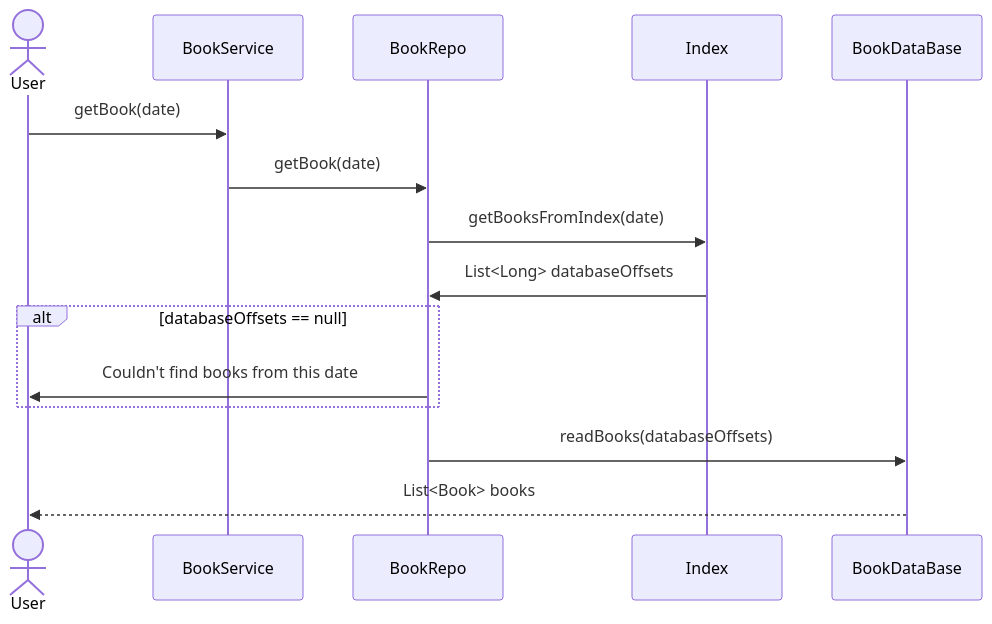
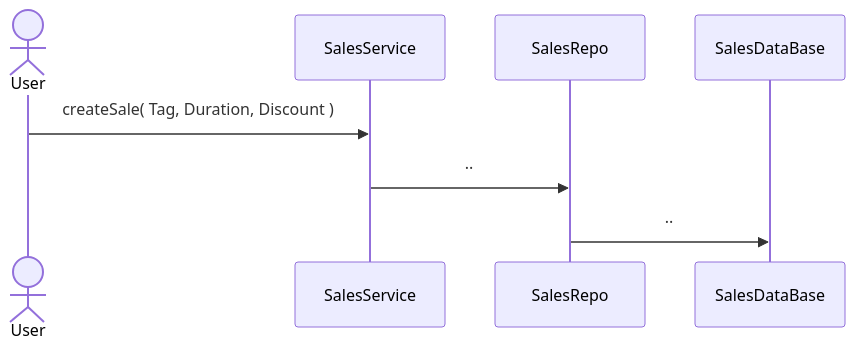
The tenth of 10 diagrams in docs/high_level_architecture.md (Apameus/Bookly), drawn with Mermaid before and after one commit. The commit also changed other lines of this file, not shown here.

Commit message:
high_level_architecture.md  BETA

````diff
--- a/docs/high_level_architecture.md
+++ b/docs/high_level_architecture.md
@@ -110,18 +142,10 @@
 ```mermaid
 sequenceDiagram
-    actor U as User
-    participant BS as BookService
-    participant BR as BookRepo
-    participant I as Index
-    participant DB as BookDataBase
-    U ->> BS: getBook(date)
-    BS ->> BR: getBook(date)
-    BR ->> I: getBooksFromIndex(date)
-    I ->> BR: List<Long> databaseOffsets
-    alt databaseOffsets == null
-        BR ->> U: Couldn't find books from this date    
-    end
-    BR ->> DB: readBooks(databaseOffsets)
-    DB -->> U: List<Book> books
-
+    actor  U as User
+    participant SS as SalesService
+    participant SR as SalesRepo
+    participant SDB as SalesDataBase
+    U ->> SS: createSale( Tag, Duration, Discount )
+    SS ->> SR: ..
+    SR ->> SDB: ..
 ```
````
